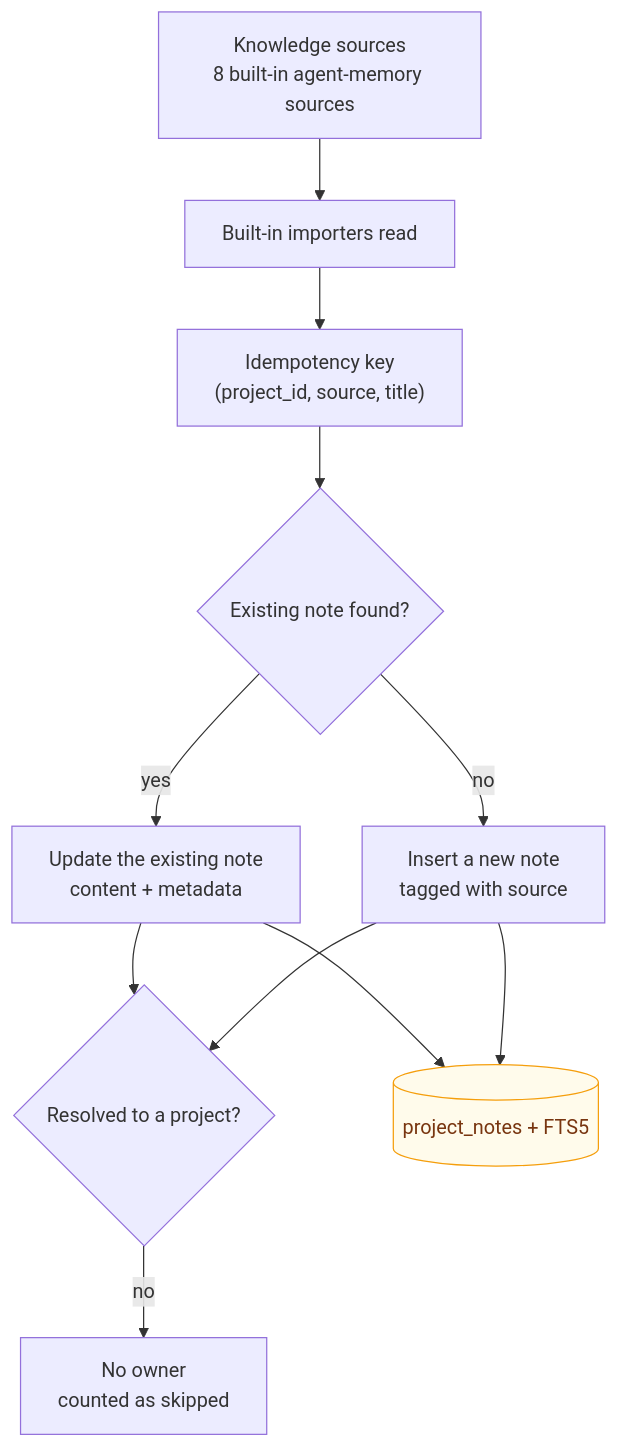
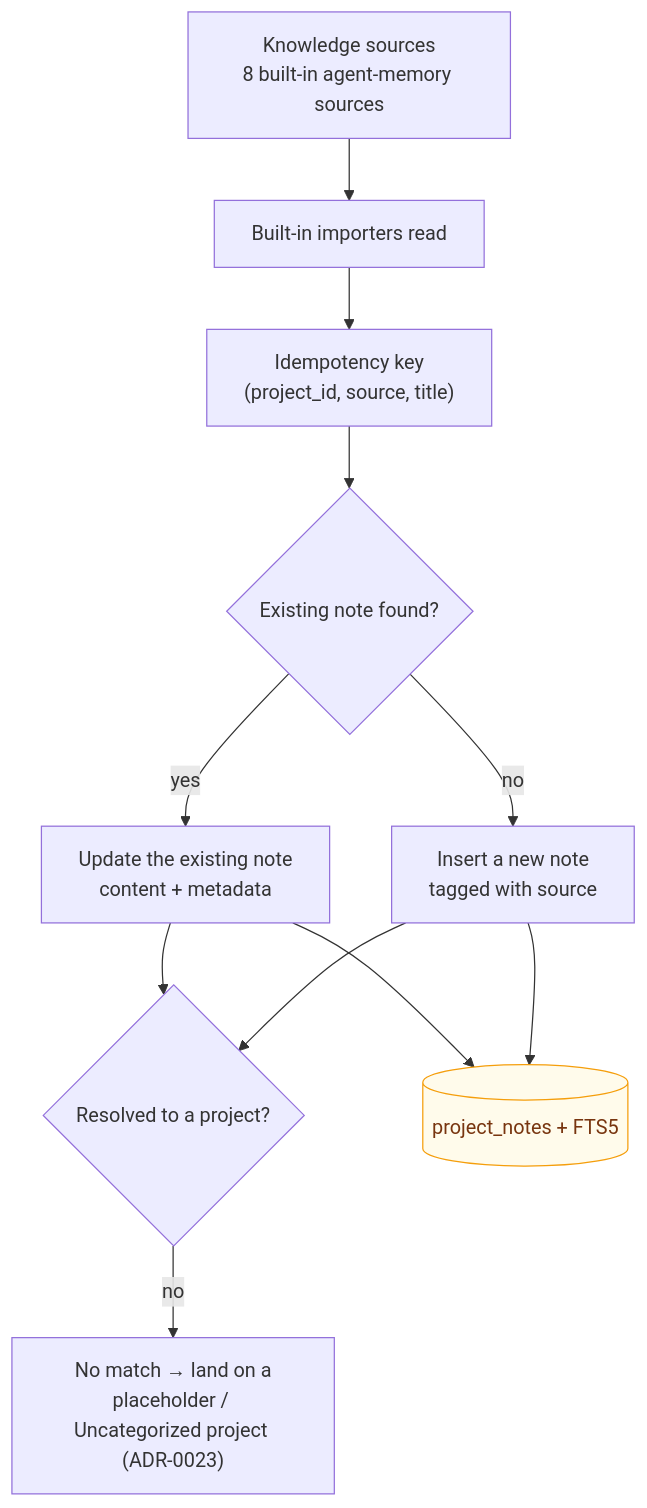
The diagram in docs/en/plugins/overview.md (sky-jiangcheng/repo-nest), drawn with Mermaid before and after one commit. The commit also changed other lines of this file and 12 other files, not shown here.

````diff
--- a/docs/en/plugins/overview.md
+++ b/docs/en/plugins/overview.md
@@ -12,15 +12,15 @@
 ```mermaid
 flowchart TB
     SRC["Knowledge sources<br/>8 built-in agent-memory sources"] --> RUN["Built-in importers read"]
     RUN --> KEY["Idempotency key<br/>(project_id, source, title)"]
     KEY --> HIT{"Existing note found?"}
     HIT -->|"yes"| UPD["Update the existing note<br/>content + metadata"]
     HIT -->|"no"| INS["Insert a new note<br/>tagged with source"]
     UPD --> MATCH{"Resolved to a project?"}
     INS --> MATCH
-    MATCH -->|"no"| SKIP["No owner<br/>counted as skipped"]
+    MATCH -->|"no"| SKIP["No match → land on a<br/>placeholder / Uncategorized project (ADR-0023)"]
     UPD --> DB[("project_notes + FTS5")]
     INS --> DB
         classDef store fill:#fffbeb,stroke:#f59e0b,color:#78350f
     class DB store
 ```
````
